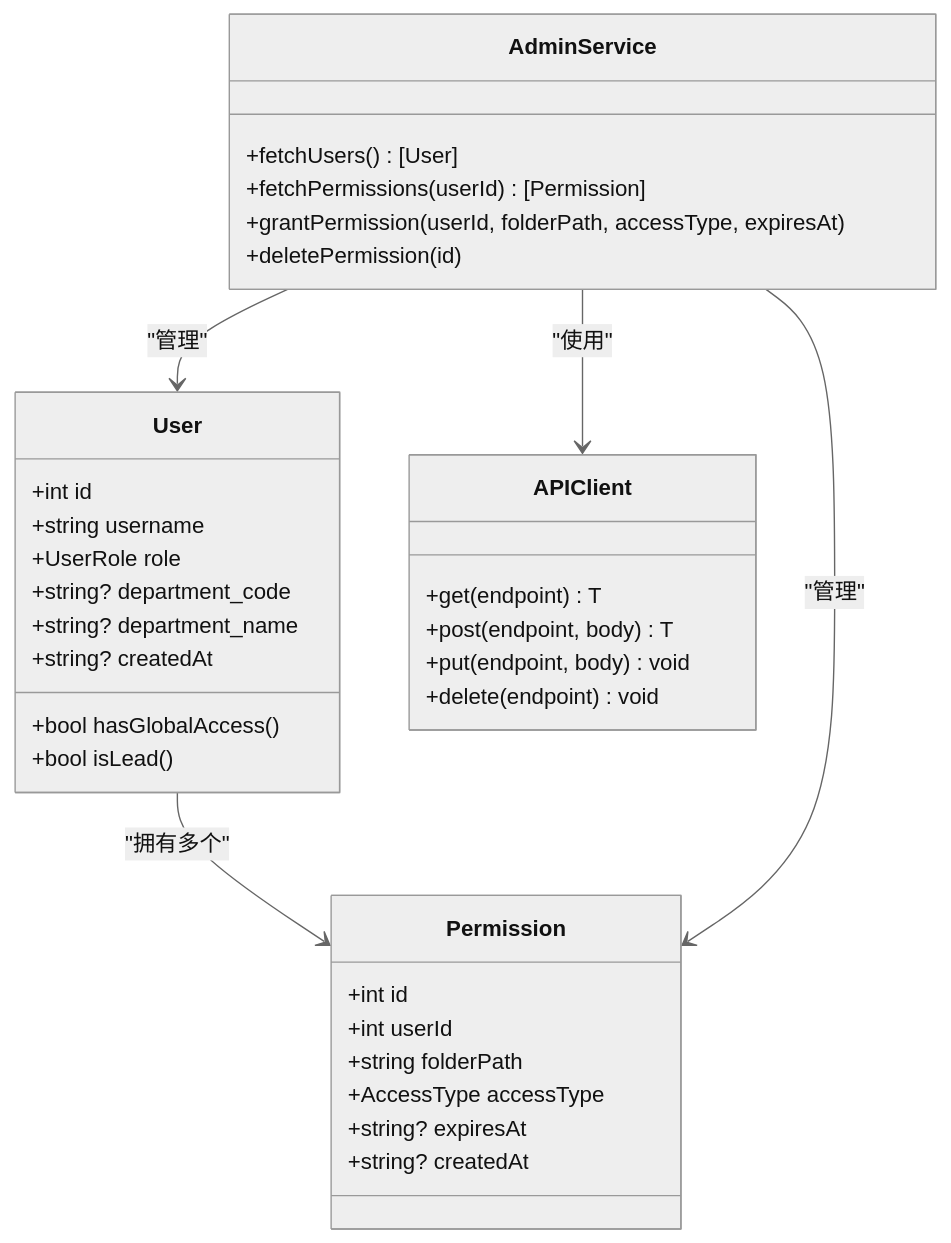
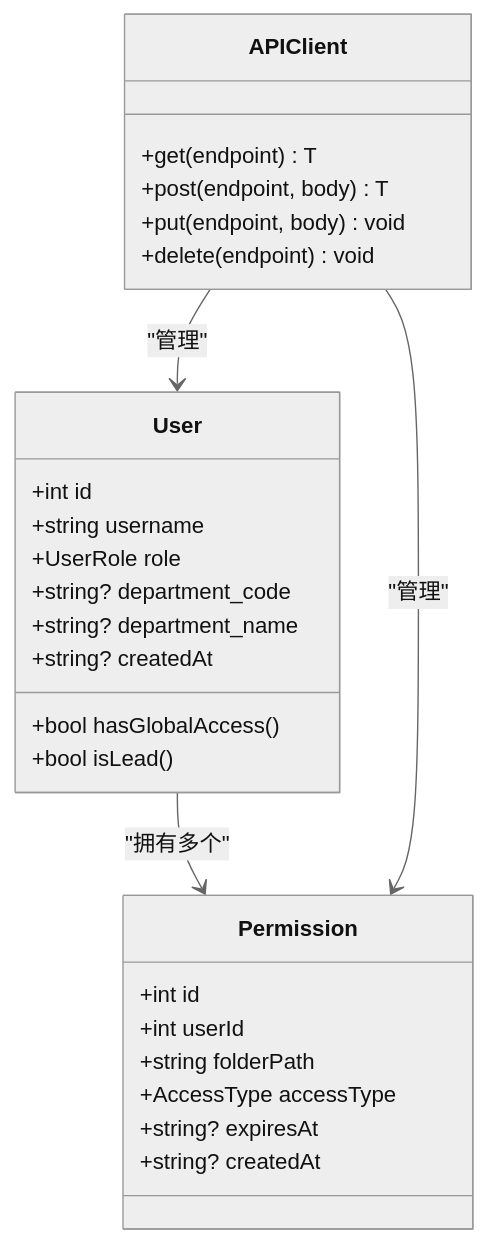
Before and after one commit to CubeEdge/Longhorn: the third of 5 diagrams in .qoder/repowiki/zh/content/权限管理系统/权限管理系统.md, drawn with Mermaid (neutral theme). The commit also changed other lines of this file and 53 other files, not shown here.

````diff
--- a/.qoder/repowiki/zh/content/权限管理系统/权限管理系统.md
+++ b/.qoder/repowiki/zh/content/权限管理系统/权限管理系统.md
@@ -220,37 +186,30 @@
 ```mermaid
 classDiagram
 class User {
 +int id
 +string username
 +UserRole role
 +string? department_code
 +string? department_name
 +string? createdAt
 +bool hasGlobalAccess()
 +bool isLead()
 }
 class Permission {
 +int id
 +int userId
 +string folderPath
 +AccessType accessType
 +string? expiresAt
 +string? createdAt
 }
 class APIClient {
 +get(endpoint) T
 +post(endpoint, body) T
 +put(endpoint, body) void
 +delete(endpoint) void
 }
-class AdminService {
-+fetchUsers() [User]
-+fetchPermissions(userId) [Permission]
-+grantPermission(userId, folderPath, accessType, expiresAt)
-+deletePermission(id)
-}
 User --> Permission : "拥有多个"
-AdminService --> APIClient : "使用"
-AdminService --> User : "管理"
-AdminService --> Permission : "管理"
+APIClient --> User : "管理"
+APIClient --> Permission : "管理"
 ```
````
